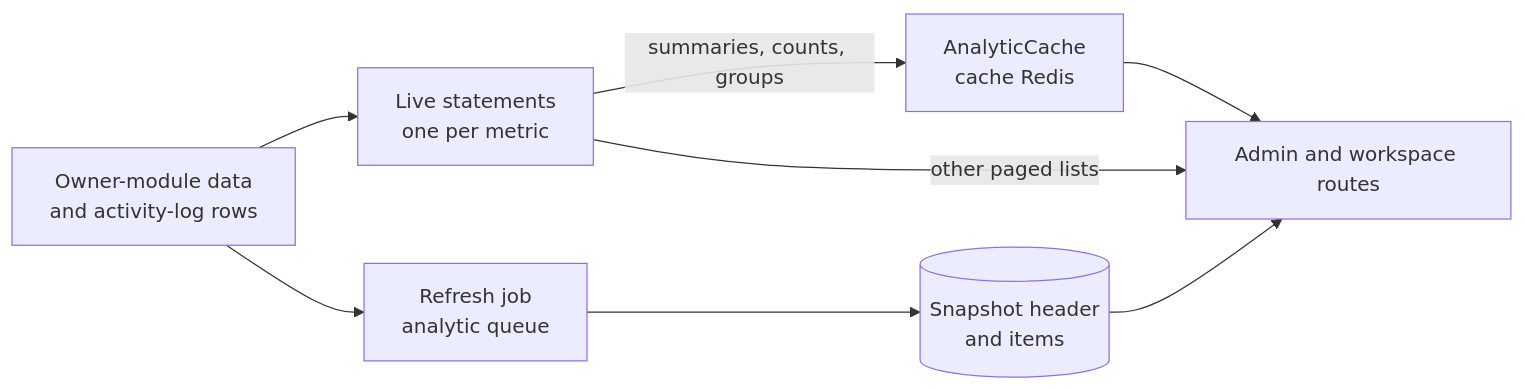
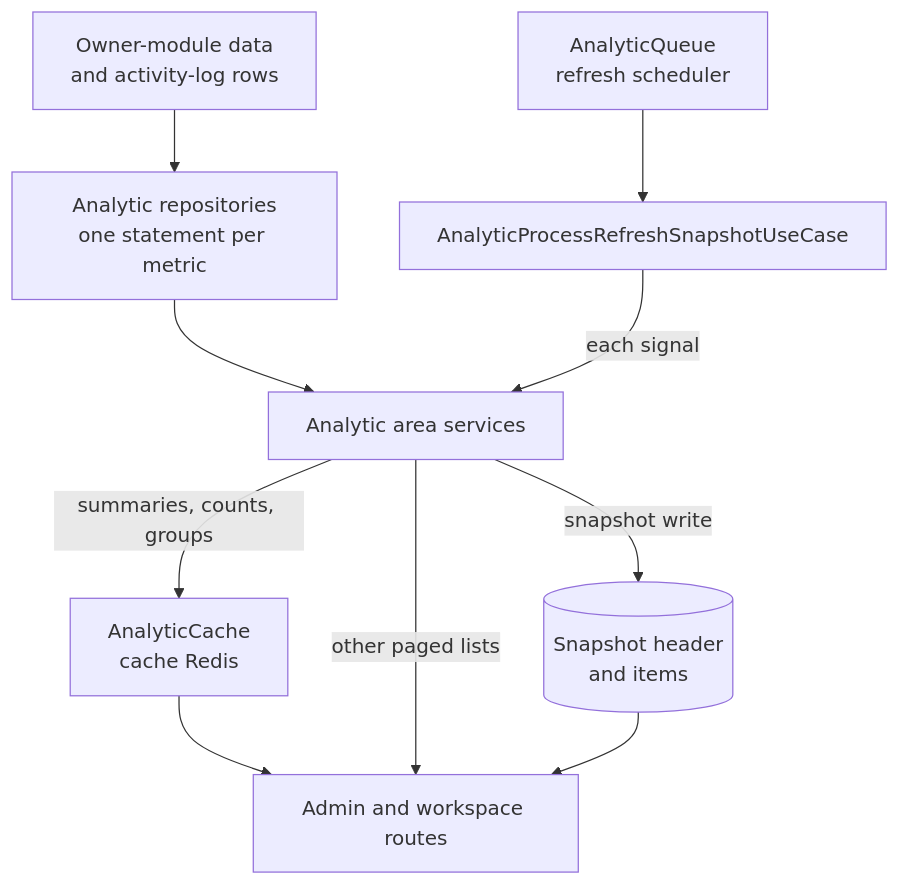
The diagram in docs/concepts/analytic.md (andrechristikan/ack-nestjs-boilerplate), drawn with Mermaid before and after one commit. The commit also changed other lines of this file and 35 other files, not shown here.

Commit message:
docs: draw every diagram top to bottom and match each to its page

````diff
--- a/docs/concepts/analytic.md
+++ b/docs/concepts/analytic.md
@@ -33,10 +35,12 @@
 ```mermaid
-flowchart LR
-    ML["Owner-module data<br/>and activity-log rows"] --> LV["Live statements<br/>one per metric"]
-    LV -->|summaries, counts, groups| CH["AnalyticCache<br/>cache Redis"]
+flowchart TB
+    ML["Owner-module data<br/>and activity-log rows"] --> RP["Analytic repositories<br/>one statement per metric"]
+    QS["AnalyticQueue<br/>refresh scheduler"] --> PR["AnalyticProcessRefreshSnapshotUseCase"]
+    RP --> SV["Analytic area services"]
+    PR -->|each signal| SV
+    SV -->|summaries, counts, groups| CH["AnalyticCache<br/>cache Redis"]
+    SV -->|snapshot write| SN[("Snapshot header<br/>and items")]
     CH --> RT["Admin and workspace routes"]
-    LV -->|other paged lists| RT
-    ML --> RJ["Refresh job<br/>analytic queue"]
-    RJ --> SN[("Snapshot header<br/>and items")]
+    SV -->|other paged lists| RT
     SN --> RT
 ```
````
